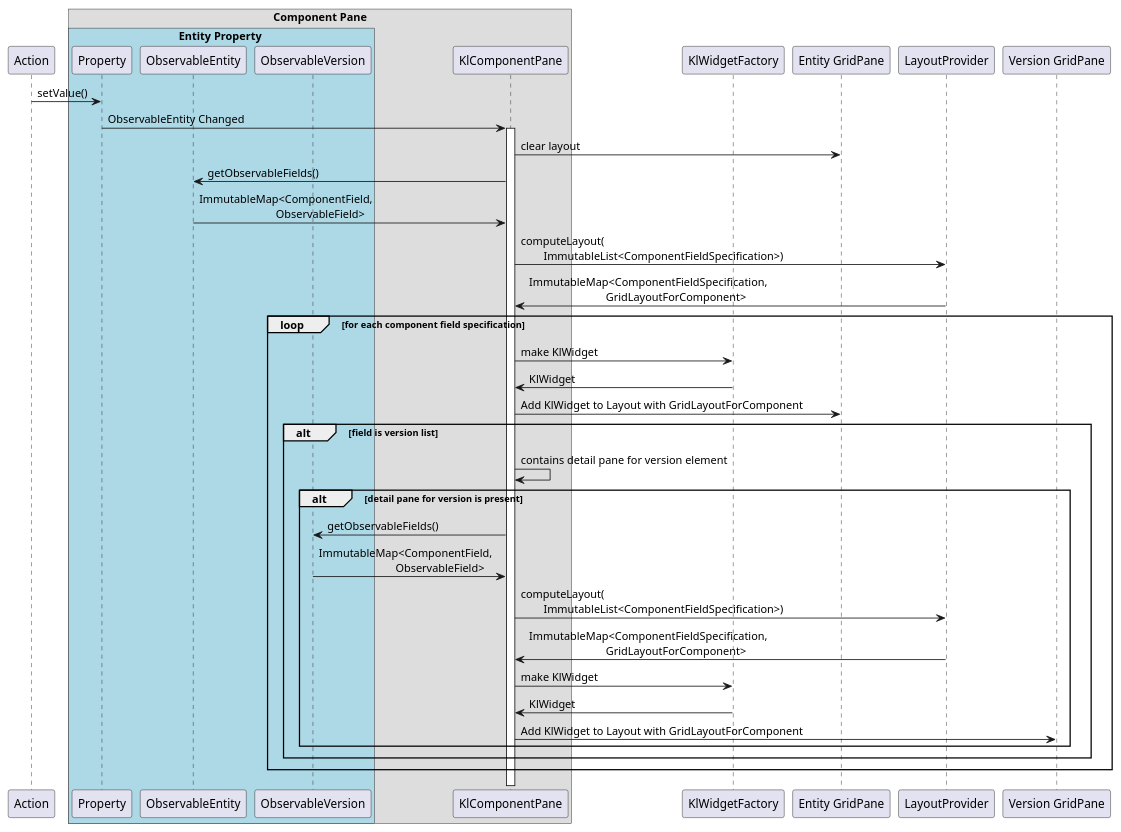
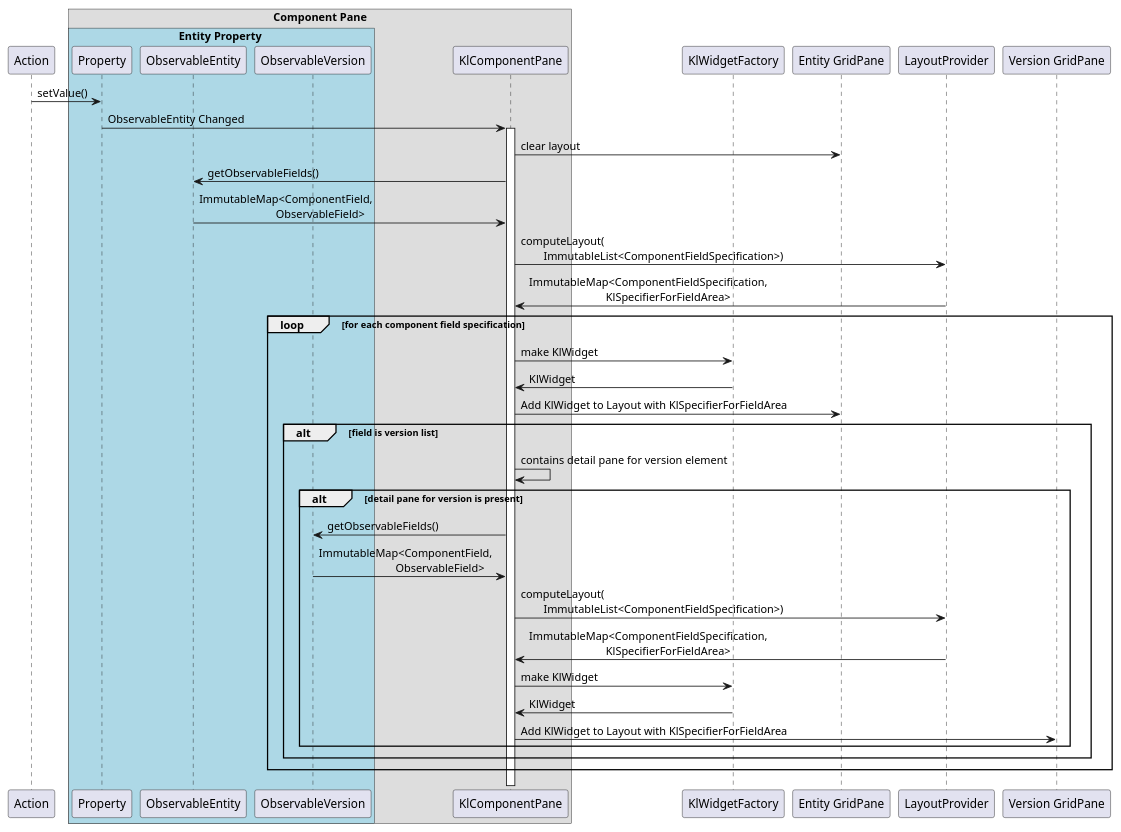
One commit to kec/ikm-framework-kec changed the diagram in orchestration-provider/knowledge-layout-provider/src/main/java/dev/ikm/orchestration/provider/knowledge/layout/ComponentLayoutSequence.puml. Above: the diagram before and after it, drawn with PlantUML. The commit also changed 37 other files, not shown here.

Commit message:
Refactoring for introduction of Attribute above field, refactoring of AttributeLocator and multi-version area implementation.

```diff
--- a/orchestration-provider/knowledge-layout-provider/src/main/java/dev/ikm/orchestration/provider/knowledge/layout/ComponentLayoutSequence.puml
+++ b/orchestration-provider/knowledge-layout-provider/src/main/java/dev/ikm/orchestration/provider/knowledge/layout/ComponentLayoutSequence.puml
@@ -1,42 +1,42 @@
 @startuml
 
 !pragma teoz true
 participant Action
 box Component Pane
     box Entity Property #LightBlue
         participant Property
         participant ObservableEntity
         participant ObservableVersion
     end box
     participant KlComponentPane
 
 end box
 participant KlWidgetFactory
 Action -> Property: setValue()
 Property -> KlComponentPane : ObservableEntity Changed
 
 activate KlComponentPane
 KlComponentPane -> "Entity GridPane": clear layout
 KlComponentPane -> ObservableEntity: getObservableFields()
 ObservableEntity -> KlComponentPane: ImmutableMap<ComponentField,\n\t\t\t   ObservableField>
 KlComponentPane -> LayoutProvider: computeLayout(\n\tImmutableList<ComponentFieldSpecification>)
-LayoutProvider -> KlComponentPane: ImmutableMap<ComponentFieldSpecification,\n\t\t\t   GridLayoutForComponent>
+LayoutProvider -> KlComponentPane: ImmutableMap<ComponentFieldSpecification,\n\t\t\t   KlSpecifierForFieldArea>
 loop for each component field specification
     KlComponentPane -> KlWidgetFactory: make KlWidget
     KlWidgetFactory -> KlComponentPane: KlWidget
-    KlComponentPane -> "Entity GridPane": Add KlWidget to Layout with GridLayoutForComponent
+    KlComponentPane -> "Entity GridPane": Add KlWidget to Layout with KlSpecifierForFieldArea
     alt field is version list
         KlComponentPane -> KlComponentPane: contains detail pane for version element
         alt detail pane for version is present
             KlComponentPane -> ObservableVersion: getObservableFields()
             ObservableVersion -> KlComponentPane: ImmutableMap<ComponentField,\n\t\t\t   ObservableField>
             KlComponentPane -> LayoutProvider: computeLayout(\n\tImmutableList<ComponentFieldSpecification>)
-            LayoutProvider -> KlComponentPane: ImmutableMap<ComponentFieldSpecification,\n\t\t\t   GridLayoutForComponent>
+            LayoutProvider -> KlComponentPane: ImmutableMap<ComponentFieldSpecification,\n\t\t\t   KlSpecifierForFieldArea>
             KlComponentPane -> KlWidgetFactory: make KlWidget
             KlWidgetFactory -> KlComponentPane: KlWidget
-            KlComponentPane -> "Version GridPane": Add KlWidget to Layout with GridLayoutForComponent
+            KlComponentPane -> "Version GridPane": Add KlWidget to Layout with KlSpecifierForFieldArea
         end
     end
 end
 deactivate  KlComponentPane
 @enduml
```
